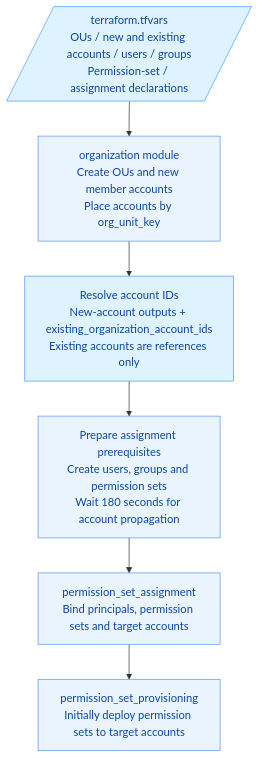
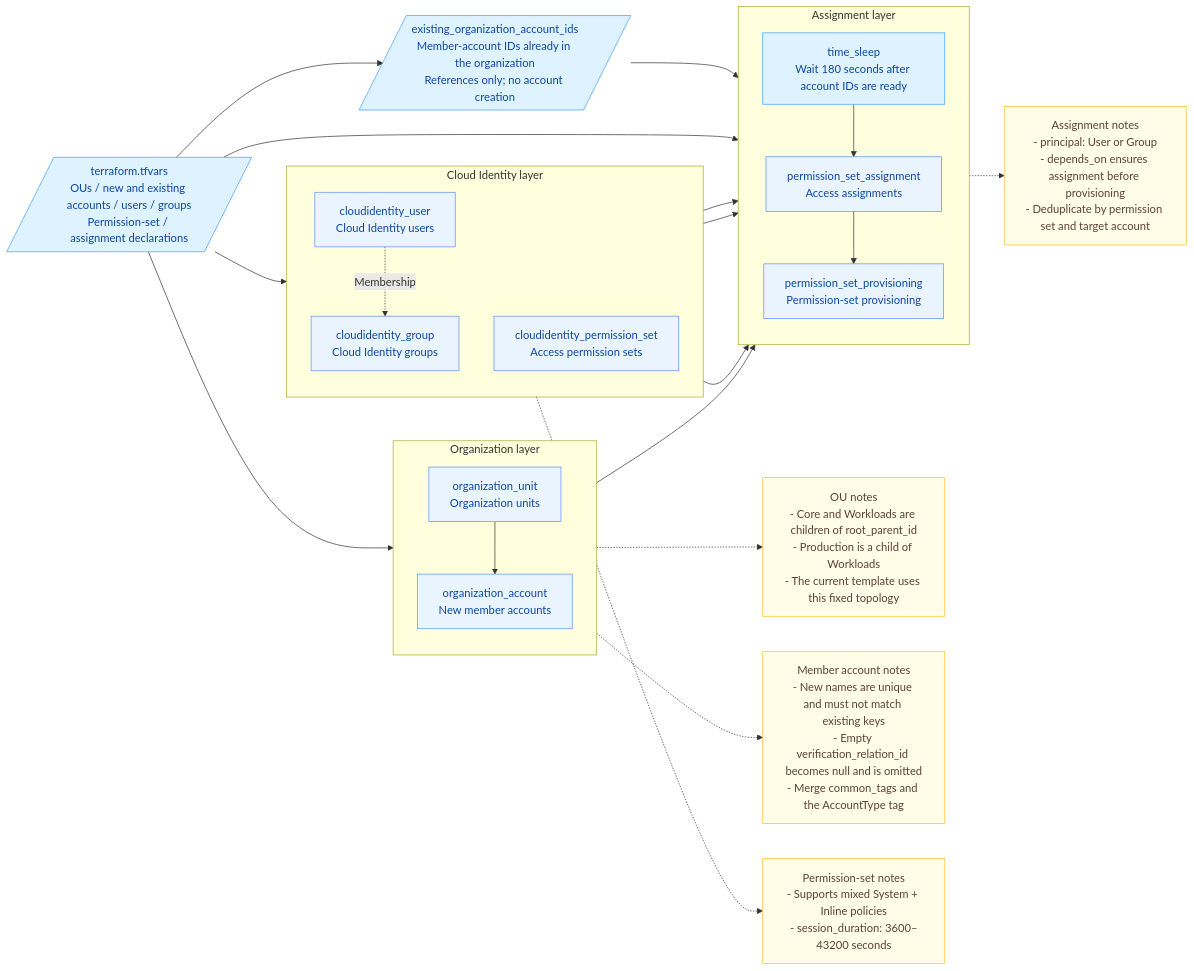
The diagram in README.md (terraform-volcenginecc-modules/terraform-volcenginecc-multi-account-architecture), drawn with Mermaid before and after one commit. The commit also changed 1 other file, not shown here.

Commit message:
docs: 更新中英文 README 的 Mermaid 架构图并补充说明

```diff
--- a/README.md
+++ b/README.md
@@ -17,18 +17,52 @@
 ~~~mermaid
-flowchart TB
+flowchart LR
     classDef main fill:#EAF4FF,stroke:#5B8FF9,color:#0D47A1;
     classDef tcc fill:#DFF2FF,stroke:#409EFF,color:#0D47A1;
+    classDef note fill:#FFFDE7,stroke:#FBC02D,color:#5D4037;
 
     Vars[/"terraform.tfvars<br/>OUs / new and existing accounts / users / groups<br/>Permission-set / assignment declarations"/]:::tcc
-    ORG["organization module<br/>Create OUs and new member accounts<br/>Place accounts by org_unit_key"]:::main
-    IDS["Resolve account IDs<br/>New-account outputs + existing_organization_account_ids<br/>Existing accounts are references only"]:::tcc
-    READY["Prepare assignment prerequisites<br/>Create users, groups and permission sets<br/>Wait 180 seconds for account propagation"]:::main
-    ASN["permission_set_assignment<br/>Bind principals, permission sets and target accounts"]:::main
-    PROV["permission_set_provisioning<br/>Initially deploy permission sets to target accounts"]:::main
+    EXISTING[/"existing_organization_account_ids<br/>Member-account IDs already in the organization<br/>References only; no account creation"/]:::tcc
 
-    Vars --> ORG
-    ORG --> IDS
-    IDS --> READY
-    READY --> ASN
-    ASN --> PROV
+    subgraph Org["Organization layer"]
+        direction TB
+        OU["organization_unit<br/>Organization units"]:::main
+        ACC["organization_account<br/>New member accounts"]:::main
+        OU --> ACC
+    end
+
+    subgraph Identity["Cloud Identity layer"]
+        direction TB
+        USER["cloudidentity_user<br/>Cloud Identity users"]:::main
+        GRP["cloudidentity_group<br/>Cloud Identity groups"]:::main
+        PS["cloudidentity_permission_set<br/>Access permission sets"]:::main
+        USER -.->|Membership| GRP
+    end
+
+    subgraph Assign["Assignment layer"]
+        direction TB
+        WAIT["time_sleep<br/>Wait 180 seconds after account IDs are ready"]:::tcc
+        ASN["permission_set_assignment<br/>Access assignments"]:::main
+        PROV["permission_set_provisioning<br/>Permission-set provisioning"]:::main
+        WAIT --> ASN --> PROV
+    end
+
+    Vars --> Org
+    Vars --> Identity
+    Vars --> Assign
+    Vars --> EXISTING
+    GRP --> ASN
+    USER --> ASN
+    PS --> ASN
+    ACC --> WAIT
+    EXISTING --> WAIT
+
+    NoteOU["OU notes<br/>- Core and Workloads are children of root_parent_id<br/>- Production is a child of Workloads<br/>- The current template uses this fixed topology"]:::note
+    NoteACC["Member account notes<br/>- New names are unique and must not match existing keys<br/>- Empty verification_relation_id becomes null and is omitted<br/>- Merge common_tags and the AccountType tag"]:::note
+    NotePS["Permission-set notes<br/>- Supports mixed System + Inline policies<br/>- session_duration: 3600–43200 seconds"]:::note
+    NoteASN["Assignment notes<br/>- principal: User or Group<br/>- depends_on ensures assignment before provisioning<br/>- Deduplicate by permission set and target account"]:::note
+
+    OU -.-> NoteOU
+    ACC -.-> NoteACC
+    PS -.-> NotePS
+    PROV -.-> NoteASN
 ~~~
```
